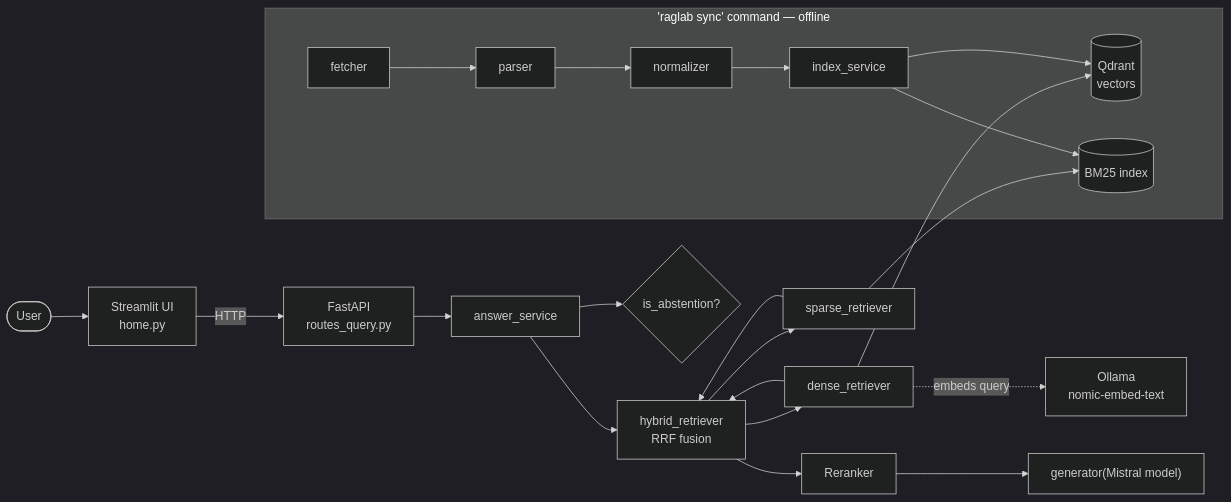
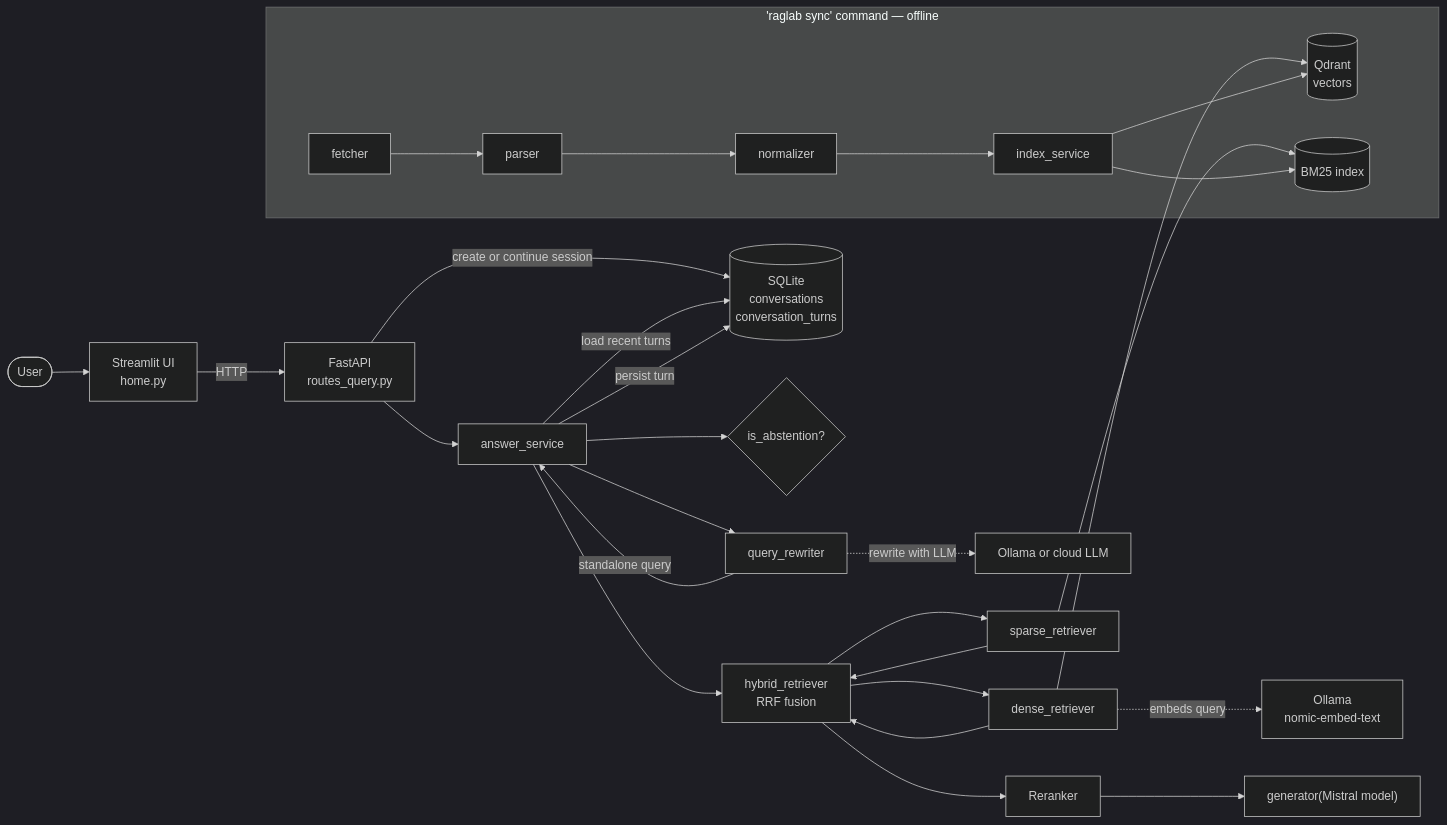
The first of 5 diagrams in docs/architecture.md (r-ome/ph-law-rag), drawn with Mermaid before and after one commit. The commit also changed other lines of this file and 16 other files, not shown here.

````diff
--- a/docs/architecture.md
+++ b/docs/architecture.md
@@ -7,24 +7,30 @@
 ```mermaid
 flowchart LR
 %%{init: {'theme':'dark'}}%%
 User([User]) --> UI[Streamlit UI<br/>home.py]
 UI -->|HTTP| API[FastAPI<br/>routes_query.py]
+API -->|create or continue session| Conv[(SQLite<br/>conversations<br/>conversation_turns)]
 API --> AS[answer_service]
+AS -->|load recent turns| Conv
+AS --> Rewriter[query_rewriter]
+Rewriter -->|standalone query| AS
 
 Dense --> Qdrant[(Qdrant<br/>vectors)]
 Sparse --> BM25[(BM25 index)]
 Dense -.embeds query.-> Ollama[Ollama<br/>nomic-embed-text]
+Rewriter -.rewrite with LLM.-> LLM[Ollama or cloud LLM]
 
 AS --> HR[hybrid_retriever<br/>RRF fusion]
 HR --> Dense[dense_retriever] --> HR
 HR --> Sparse[sparse_retriever] --> HR
 HR --> Reranker
 Reranker --> Gen["generator(Mistral model)"]
 AS --> Abstain{is_abstention?}
+AS -->|persist turn| Conv
 
 subgraph Sync["'raglab sync'" command — offline]
     Fetch[fetcher] --> Parse[parser] --> Norm[normalizer] --> Index[index_service]
     Index --> Qdrant
     Index --> BM25
 end
 ```
````
